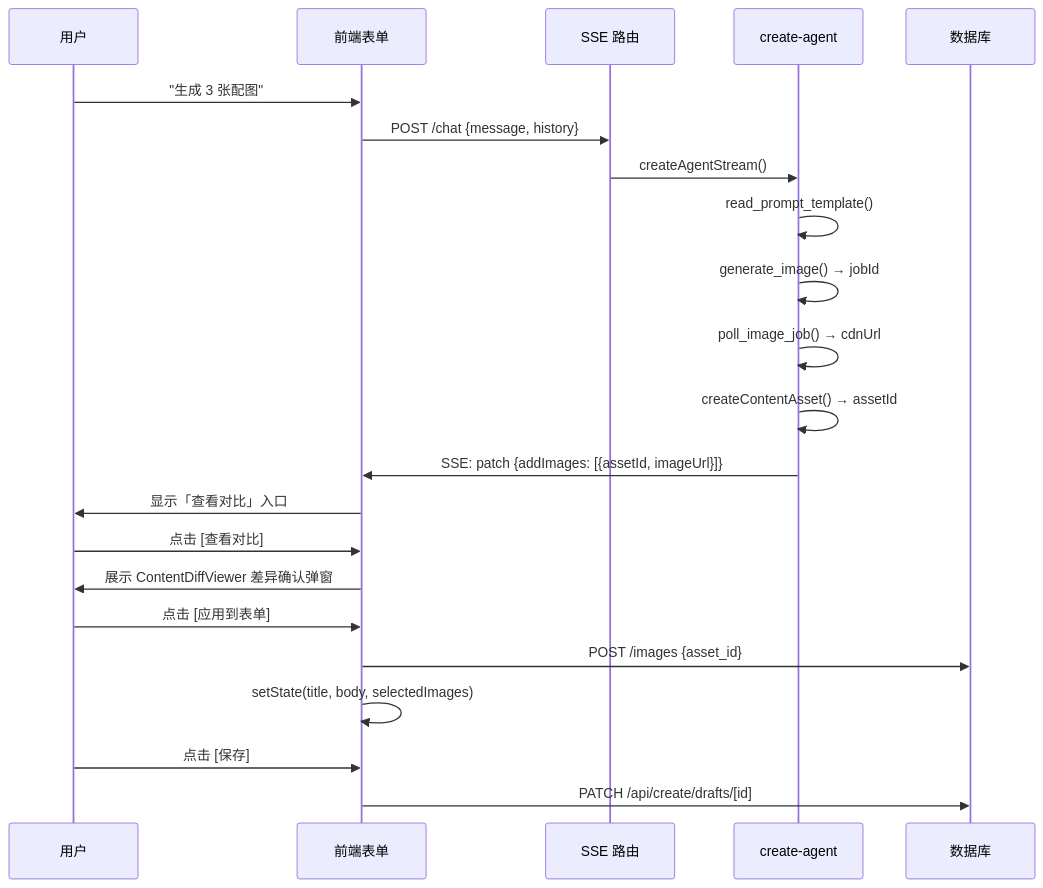
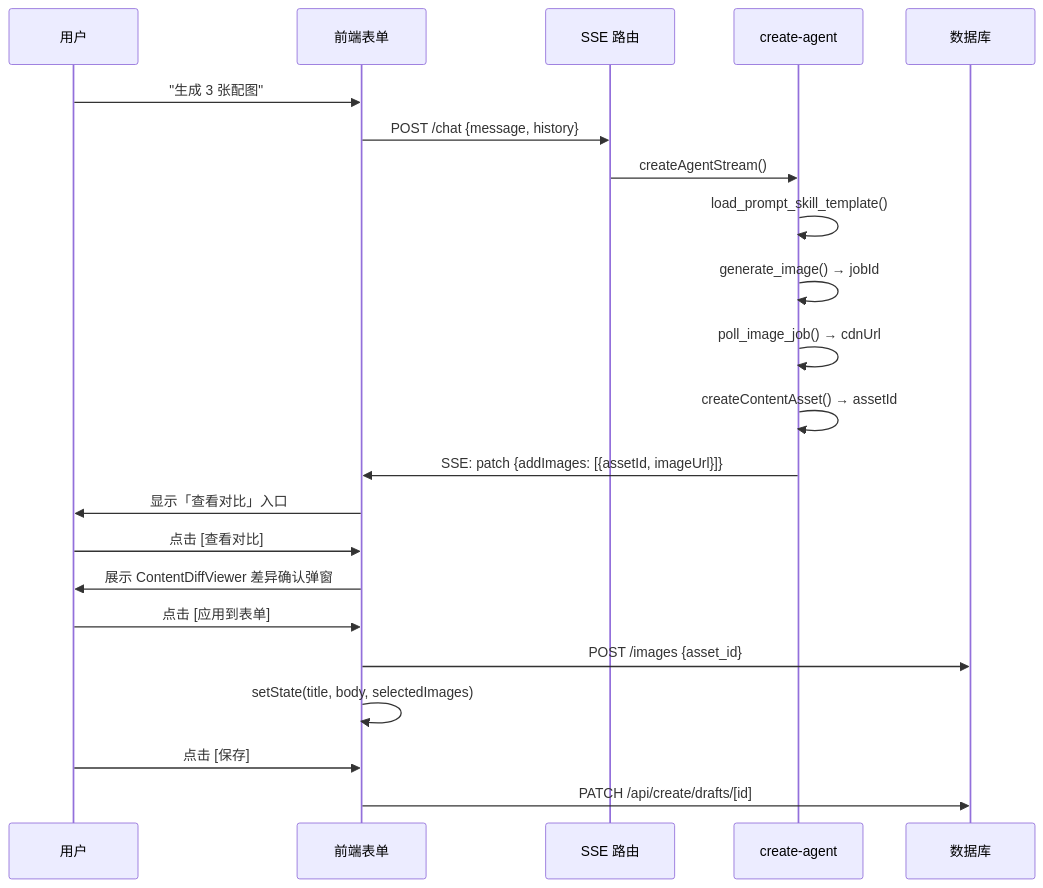
One commit to NNNNzs/react.nnnnzs.cn changed the diagram in docs/designs/ai/create-agent.md. Above: the diagram before and after it, drawn with Mermaid. The commit also changed other lines of this file and 48 other files, not shown here.

````diff
--- a/docs/designs/ai/create-agent.md
+++ b/docs/designs/ai/create-agent.md
@@ -44,25 +44,25 @@
 ```mermaid
 sequenceDiagram
     participant U as 用户
     participant FE as 前端表单
     participant API as SSE 路由
     participant Agent as create-agent
     participant DB as 数据库
 
     U->>FE: "生成 3 张配图"
     FE->>API: POST /chat {message, history}
     API->>Agent: createAgentStream()
-    Agent->>Agent: read_prompt_template()
+    Agent->>Agent: load_prompt_skill_template()
     Agent->>Agent: generate_image() → jobId
     Agent->>Agent: poll_image_job() → cdnUrl
     Agent->>Agent: createContentAsset() → assetId
     Agent->>FE: SSE: patch {addImages: [{assetId, imageUrl}]}
     FE->>U: 显示「查看对比」入口
     U->>FE: 点击 [查看对比]
     FE->>U: 展示 ContentDiffViewer 差异确认弹窗
     U->>FE: 点击 [应用到表单]
     FE->>DB: POST /images {asset_id}
     FE->>FE: setState(title, body, selectedImages)
     U->>FE: 点击 [保存]
     FE->>DB: PATCH /api/create/drafts/[id]
 ```
````
